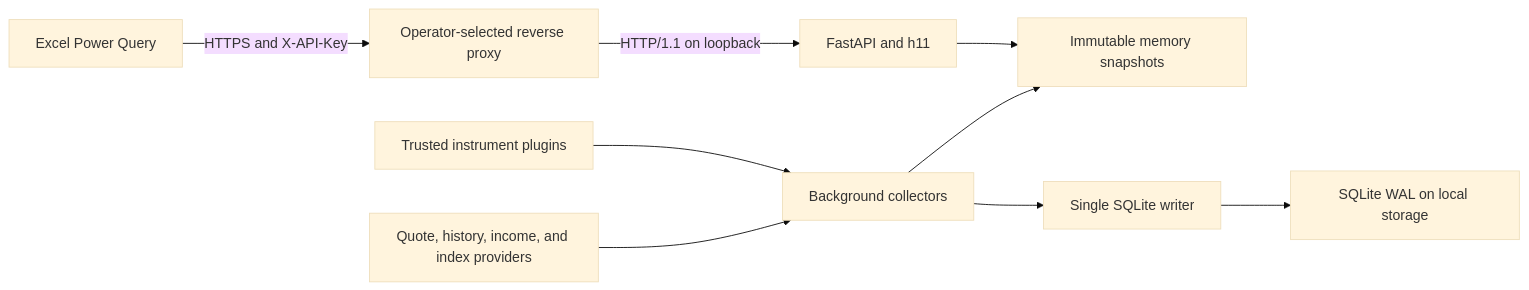
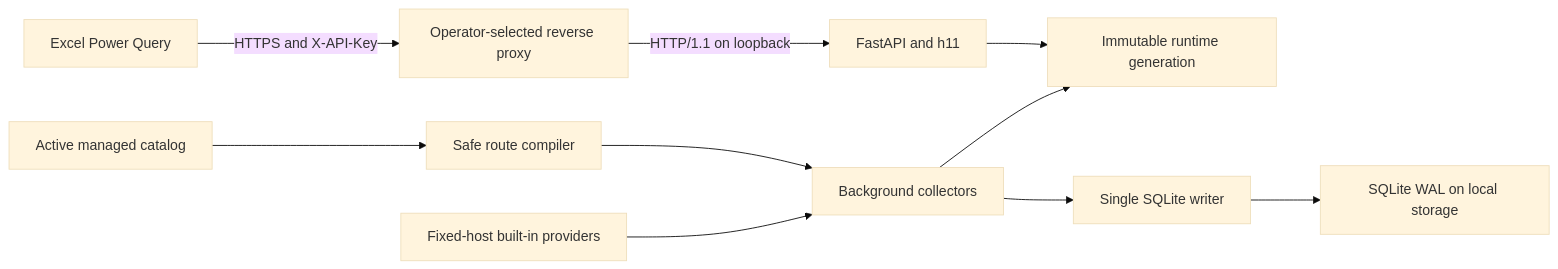
The diagram in README.md (nakululusatuva/QuickPrice), drawn with Mermaid (base theme) before and after one commit. The commit also changed other lines of this file and 14 other files, not shown here.

Commit message:
feat: add instrument catalog administration

````diff
--- a/README.md
+++ b/README.md
@@ -36,11 +38,12 @@
 ```mermaid
 flowchart LR
     Excel["Excel Power Query"] -->|"HTTPS and X-API-Key"| Proxy["Operator-selected reverse proxy"]
     Proxy -->|"HTTP/1.1 on loopback"| API["FastAPI and h11"]
-    API --> Snapshots["Immutable memory snapshots"]
-    Plugins["Trusted instrument plugins"] --> Collectors["Background collectors"]
-    Providers["Quote, history, income, and index providers"] --> Collectors
-    Collectors --> Snapshots
+    API --> Generation["Immutable runtime generation"]
+    Catalog["Active managed catalog"] --> Compiler["Safe route compiler"]
+    Compiler --> Collectors["Background collectors"]
+    Providers["Fixed-host built-in providers"] --> Collectors
+    Collectors --> Generation
     Collectors --> Writer["Single SQLite writer"]
     Writer --> SQLite["SQLite WAL on local storage"]
 ```
````
